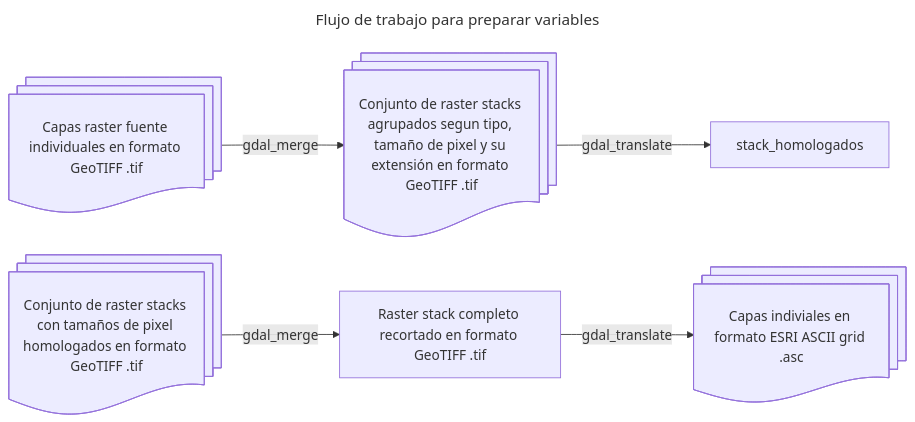
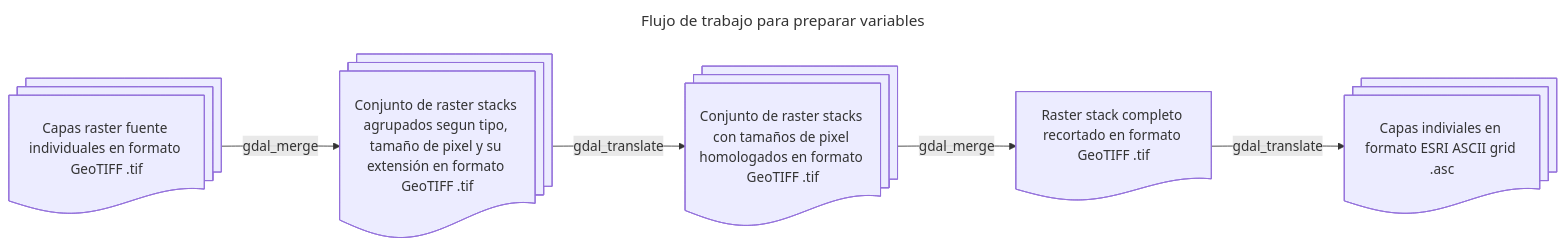
Before and after one commit to vshalisko/SDM: the diagram in 2025_variables/variable_workflow.mermaid, drawn with Mermaid.

```diff
--- a/2025_variables/variable_workflow.mermaid
+++ b/2025_variables/variable_workflow.mermaid
@@ -1,13 +1,13 @@
 ---
 title: Flujo de trabajo para preparar variables
 ---
 flowchart LR
   rasters_fuente@{shape: docs, label: "Capas raster fuente individuales en formato GeoTIFF .tif"}
   stacks_por_tipo@{shape: docs, label: "Conjunto de raster stacks agrupados segun tipo, tamaño de pixel y su extensión en formato GeoTIFF .tif"}
   stacks_homologados@{shape: docs, label: "Conjunto de raster stacks con tamaños de pixel homologados en formato GeoTIFF .tif"}
-  stack_completo[Raster stack completo recortado en formato GeoTIFF .tif]
+  stack_completo@{shape: doc, label: "Raster stack completo recortado en formato GeoTIFF .tif"}
   asc@{shape: docs, label: "Capas indiviales en formato ESRI ASCII grid .asc"}
   rasters_fuente --gdal_merge--> stacks_por_tipo 
-  stacks_por_tipo --gdal_translate--> stack_homologados
+  stacks_por_tipo --gdal_translate--> stacks_homologados
   stacks_homologados --gdal_merge--> stack_completo
   stack_completo --gdal_translate--> asc 
```
